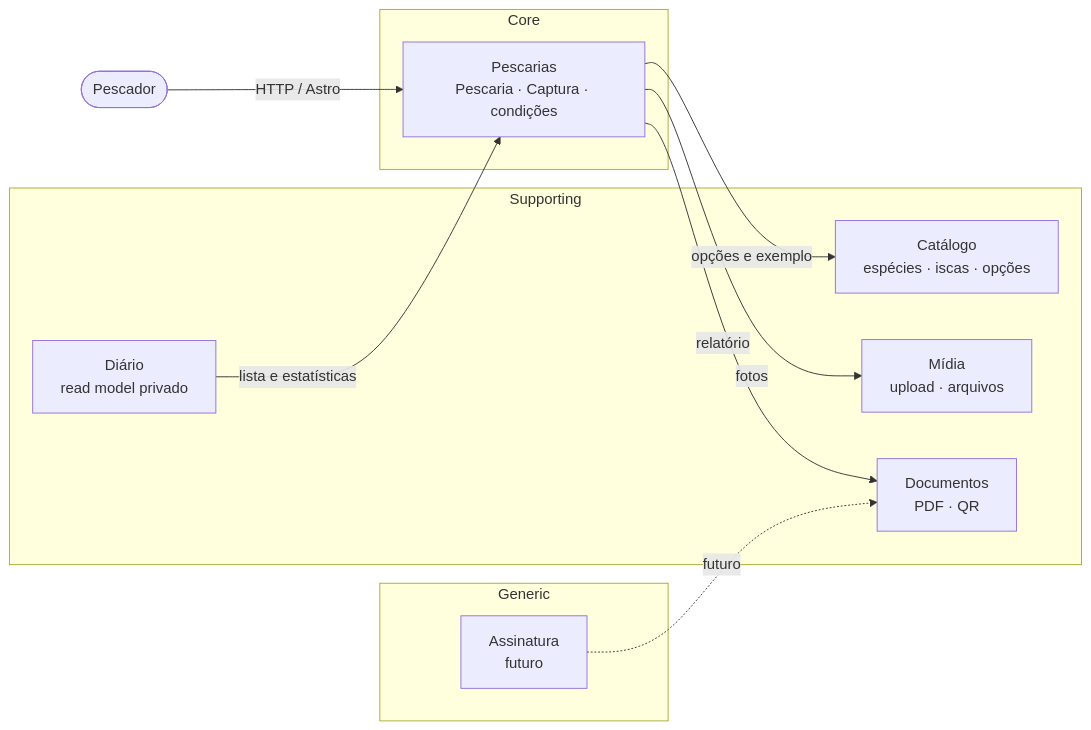
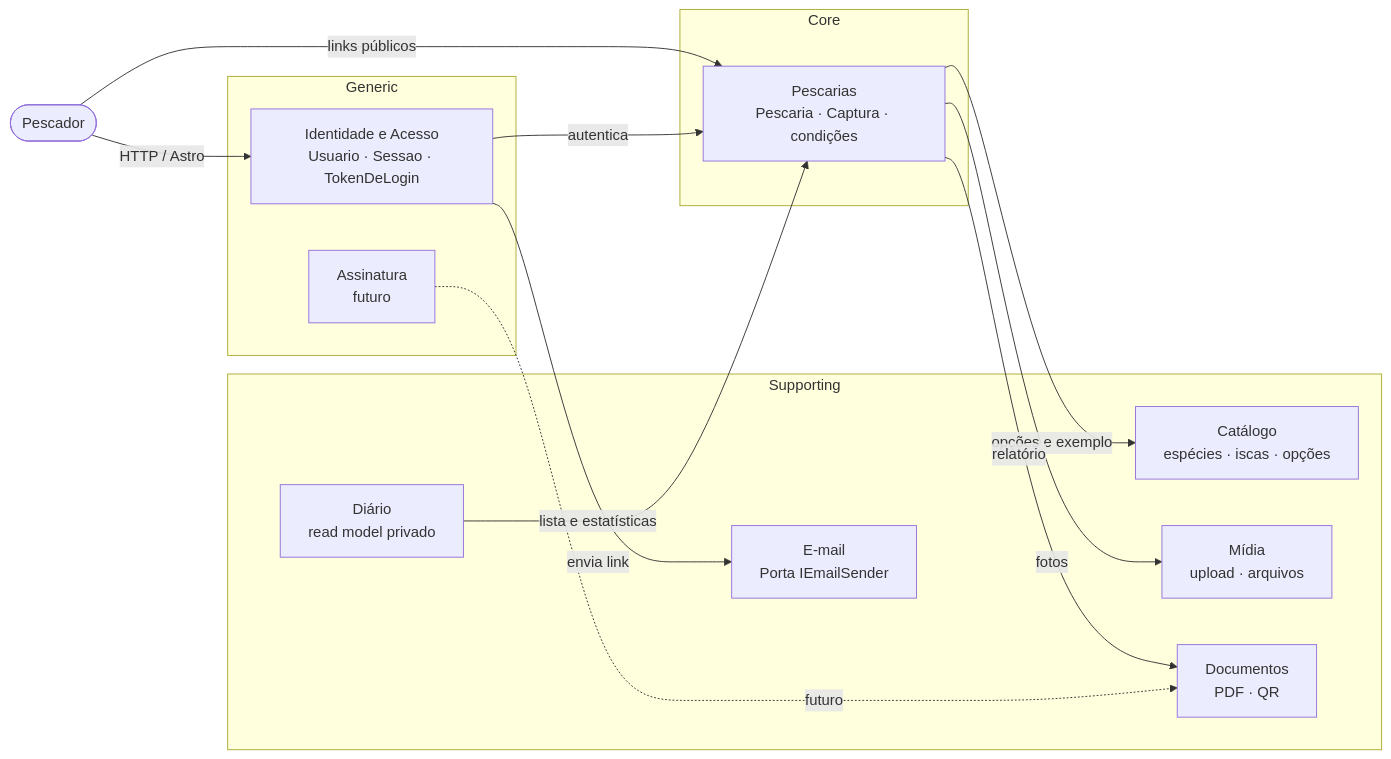
Before and after one commit to AbsonDev/abson: the diagram in Projetos/fisga/docs/ddd.md, drawn with Mermaid. The commit also changed other lines of this file and 68 other files, not shown here.

````diff
--- a/Projetos/fisga/docs/ddd.md
+++ b/Projetos/fisga/docs/ddd.md
@@ -12,25 +12,30 @@
 ```mermaid
 flowchart LR
-  pescador([Pescador]) -->|HTTP / Astro| pescarias
+  pescador([Pescador]) -->|HTTP / Astro| identidade
+  pescador -->|links públicos| pescarias
 
   subgraph Core
     pescarias[Pescarias<br/>Pescaria · Captura · condições]
+  end
+
+  subgraph Generic
+    identidade[Identidade e Acesso<br/>Usuario · Sessao · TokenDeLogin]
+    assinatura[Assinatura<br/>futuro]
   end
 
   subgraph Supporting
     catalogo[Catálogo<br/>espécies · iscas · opções]
     midia[Mídia<br/>upload · arquivos]
     documentos[Documentos<br/>PDF · QR]
     diario[Diário<br/>read model privado]
+    email[E-mail<br/>Porta IEmailSender]
   end
 
-  subgraph Generic
-    assinatura[Assinatura<br/>futuro]
-  end
-
+  identidade -->|autentica| pescarias
+  identidade -->|envia link| email
   pescarias -->|opções e exemplo| catalogo
   pescarias -->|fotos| midia
   pescarias -->|relatório| documentos
   diario -->|lista e estatísticas| pescarias
   assinatura -.->|futuro| documentos
 ```
````
